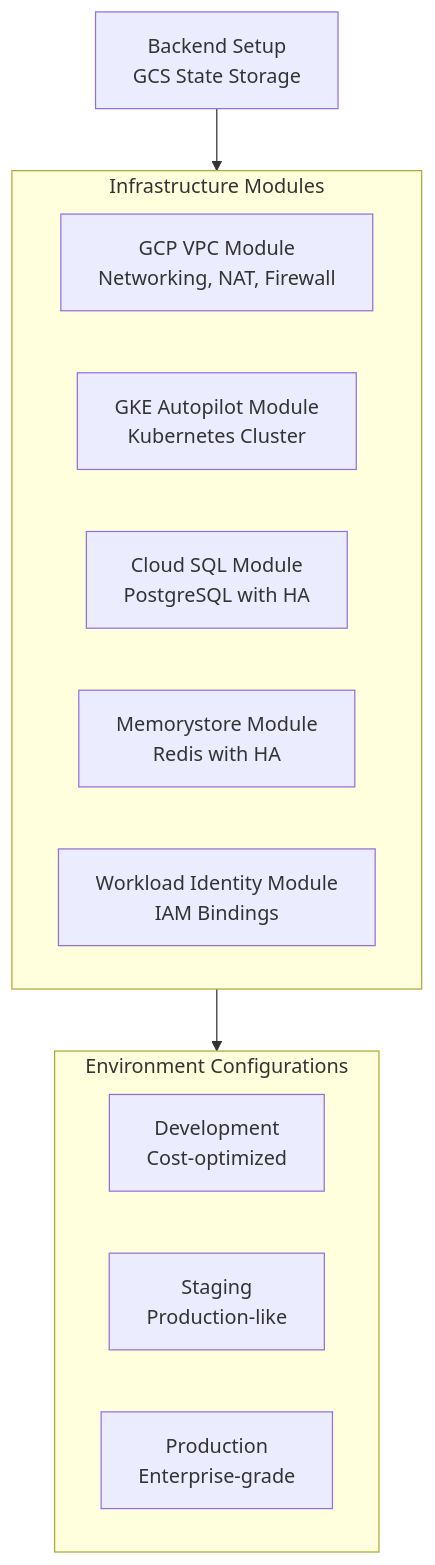
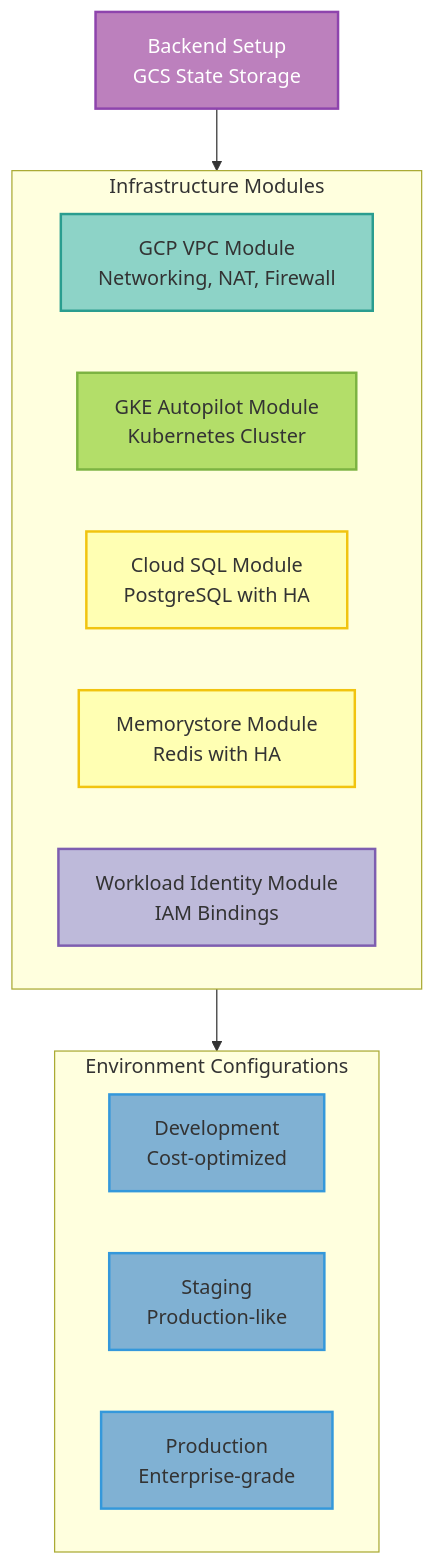
One commit to vishnu2kmohan/mcp-server-langgraph changed the diagram in docs/deployment/infrastructure/terraform-gcp.mdx. Above: the diagram before and after it, drawn with Mermaid. The commit also changed 13 other files, not shown here.

First line of the commit message:
docs: apply ColorBrewer2 Set3 styling to all remaining diagrams and enforce standards

````diff
--- a/docs/deployment/infrastructure/terraform-gcp.mdx
+++ b/docs/deployment/infrastructure/terraform-gcp.mdx
@@ -27,21 +27,36 @@
 ```mermaid
 flowchart TB
     Backend[Backend Setup<br/>GCS State Storage]
 
     subgraph Infrastructure[Infrastructure Modules]
         VPC[GCP VPC Module<br/>Networking, NAT, Firewall]
         GKE[GKE Autopilot Module<br/>Kubernetes Cluster]
         SQL[Cloud SQL Module<br/>PostgreSQL with HA]
         Redis[Memorystore Module<br/>Redis with HA]
         WI[Workload Identity Module<br/>IAM Bindings]
     end
 
     subgraph Environments[Environment Configurations]
         Dev[Development<br/>Cost-optimized]
         Staging[Staging<br/>Production-like]
         Prod[Production<br/>Enterprise-grade]
     end
 
     Backend --> Infrastructure
     Infrastructure --> Environments
+
+    %% ColorBrewer2 Set3 palette - each component type uniquely colored
+    classDef backendStyle fill:#bc80bd,stroke:#8e44ad,stroke-width:2px,color:#fff
+    classDef networkStyle fill:#8dd3c7,stroke:#2a9d8f,stroke-width:2px,color:#333
+    classDef clusterStyle fill:#b3de69,stroke:#7cb342,stroke-width:2px,color:#333
+    classDef dataStyle fill:#ffffb3,stroke:#f1c40f,stroke-width:2px,color:#333
+    classDef authStyle fill:#bebada,stroke:#7e5eb0,stroke-width:2px,color:#333
+    classDef envStyle fill:#80b1d3,stroke:#3498db,stroke-width:2px,color:#333
+
+    class Backend backendStyle
+    class VPC networkStyle
+    class GKE clusterStyle
+    class SQL,Redis dataStyle
+    class WI authStyle
+    class Dev,Staging,Prod envStyle
 ```
````
